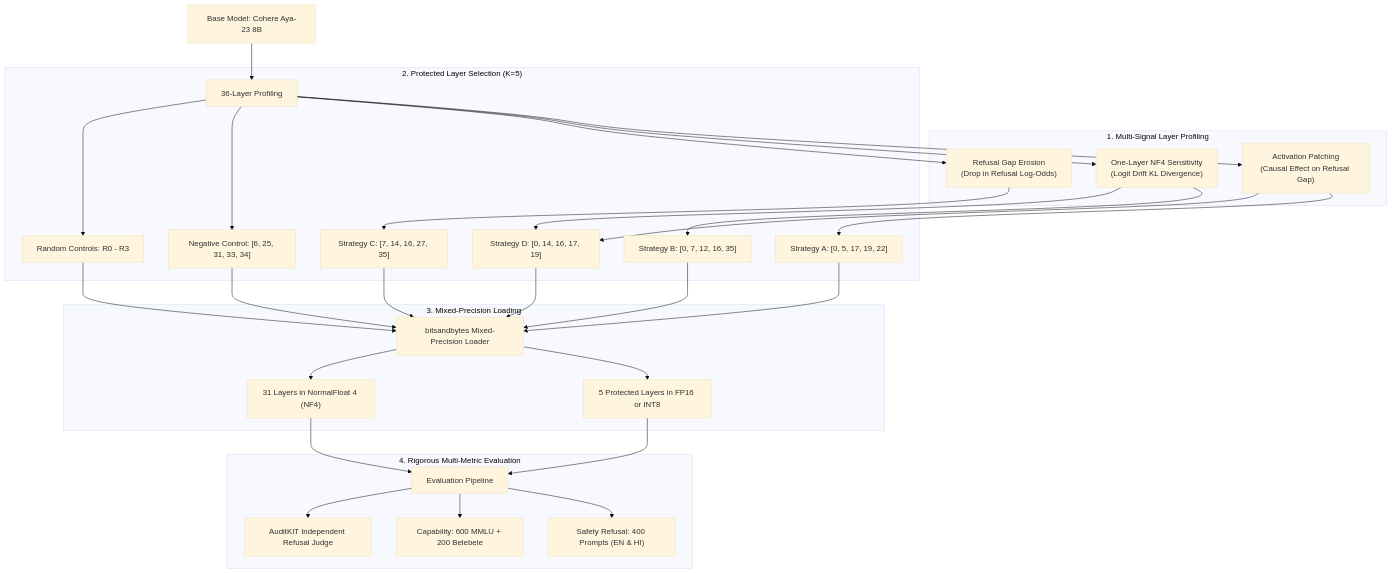
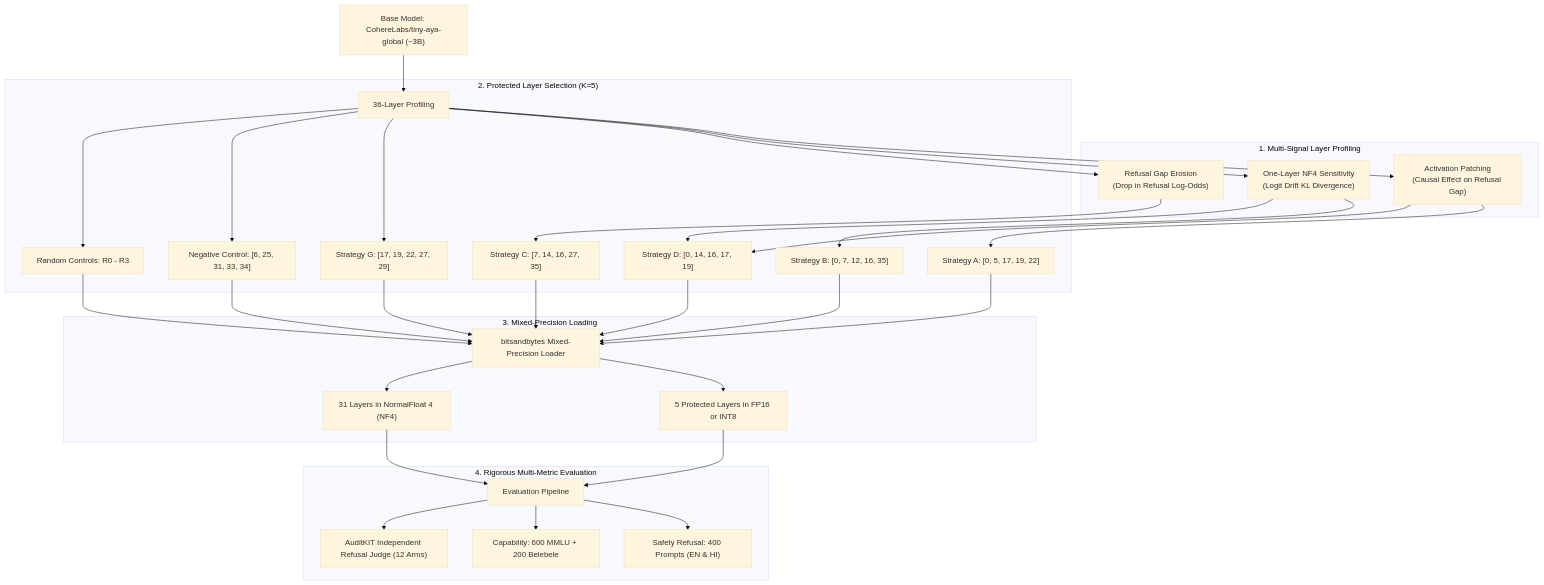
The diagram in README.md (ankit-cybertron/safe_compress), drawn with Mermaid (base theme) before and after one commit. The commit also changed other lines of this file and 22 other files, not shown here.

````diff
--- a/README.md
+++ b/README.md
@@ -80,34 +97,35 @@
 ```mermaid
 flowchart TD
-    M["Base Model: Cohere Aya-23 8B"] --> L["36-Layer Profiling"]
+    M["Base Model: CohereLabs/tiny-aya-global (~3B)"] --> L["36-Layer Profiling"]
     
     subgraph Profiling ["1. Multi-Signal Layer Profiling"]
         L1["Activation Patching<br/>(Causal Effect on Refusal Gap)"]
         L2["One-Layer NF4 Sensitivity<br/>(Logit Drift KL Divergence)"]
         L3["Refusal Gap Erosion<br/>(Drop in Refusal Log-Odds)"]
     end
     
     L --> L1 & L2 & L3
     
     subgraph Selection ["2. Protected Layer Selection (K=5)"]
         L1 --> SA["Strategy A: [0, 5, 17, 19, 22]"]
         L2 --> SB["Strategy B: [0, 7, 12, 16, 35]"]
         L3 --> SC["Strategy C: [7, 14, 16, 27, 35]"]
         L1 & L2 --> SD["Strategy D: [0, 14, 16, 17, 19]"]
+        L --> SG["Strategy G: [17, 19, 22, 27, 29]"]
         L --> SN["Negative Control: [6, 25, 31, 33, 34]"]
         L --> SR["Random Controls: R0 - R3"]
     end
     
     subgraph Execution ["3. Mixed-Precision Loading"]
-        SA & SB & SC & SD & SN & SR --> B["bitsandbytes Mixed-Precision Loader"]
+        SA & SB & SC & SD & SG & SN & SR --> B["bitsandbytes Mixed-Precision Loader"]
         B --> B1["5 Protected Layers in FP16 or INT8"]
         B --> B2["31 Layers in NormalFloat 4 (NF4)"]
     end
     
     subgraph Evaluation ["4. Rigorous Multi-Metric Evaluation"]
         B1 & B2 --> EV["Evaluation Pipeline"]
         EV --> EV1["Safety Refusal: 400 Prompts (EN & HI)"]
         EV --> EV2["Capability: 600 MMLU + 200 Belebele"]
-        EV --> EV3["AuditKIT Independent Refusal Judge"]
+        EV --> EV3["AuditKIT Independent Refusal Judge (12 Arms)"]
     end
 ```
````
